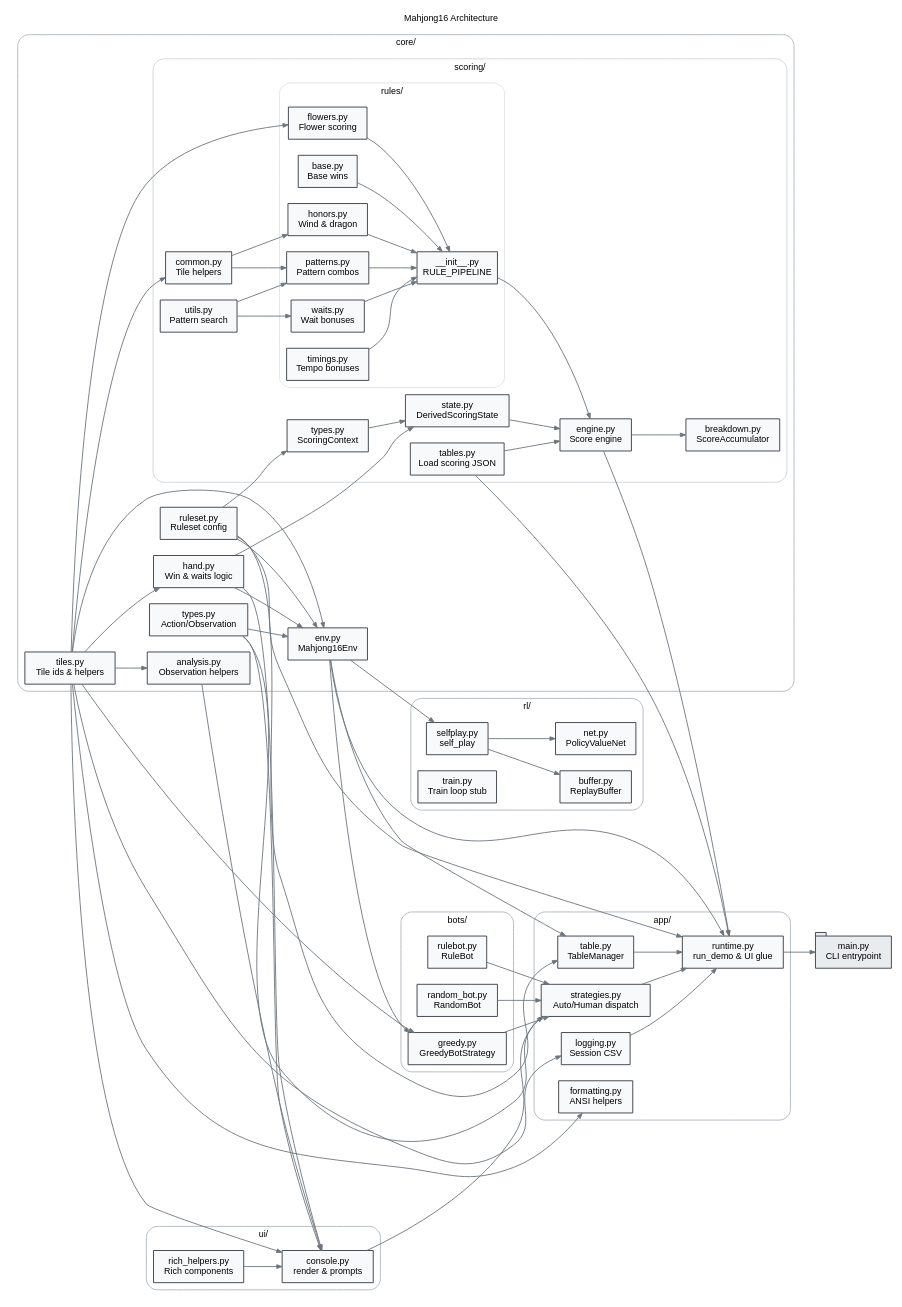
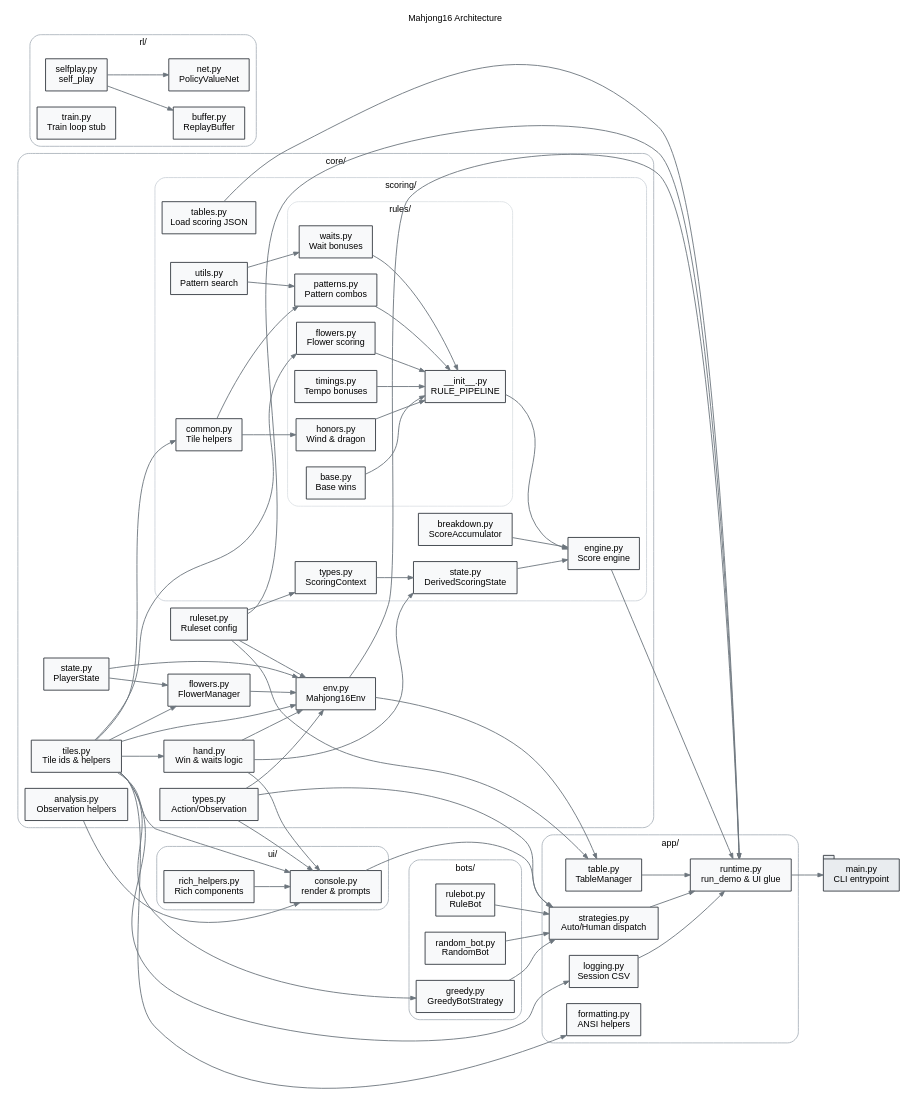
One commit to yuweiiihuang/mahjong16 changed the diagram in docs/architecture/diagram.gv. Above: the diagram before and after it, drawn with Graphviz. The commit also changed 3 other files, not shown here.

First line of the commit message:
Refactor and enhance greedy bot heuristic with tuning capabilities (#44)

```diff
--- a/docs/architecture/diagram.gv
+++ b/docs/architecture/diagram.gv
@@ -1,152 +1,156 @@
 // Graphviz diagram of Mahjong16 modules and dependencies
 digraph Mahjong16 {
     graph [rankdir=LR, fontsize=10, fontname="Helvetica", labelloc="t", label="Mahjong16 Architecture"];
     node [shape=box, fontsize=10, fontname="Helvetica", style="filled", fillcolor="#f8f9fa", color="#343a40"];
     edge [color="#6c757d", arrowsize=0.6];
 
     subgraph cluster_core {
         label = "core/";
         color = "#adb5bd";
         style = "rounded";
 
         core_tiles    [label="tiles.py\nTile ids & helpers"];
         core_ruleset  [label="ruleset.py\nRuleset config"];
         core_types    [label="types.py\nAction/Observation"];
+        core_state    [label="state.py\nPlayerState"];
         core_hand     [label="hand.py\nWin & waits logic"];
+        core_flowers  [label="flowers.py\nFlowerManager"];
         core_env      [label="env.py\nMahjong16Env"];
         core_analysis [label="analysis.py\nObservation helpers"];
 
         subgraph cluster_core_scoring {
             label = "scoring/";
             color = "#ced4da";
             style = "rounded";
 
             core_sc_tables    [label="tables.py\nLoad scoring JSON"];
             core_sc_types     [label="types.py\nScoringContext"];
             core_sc_state     [label="state.py\nDerivedScoringState"];
             core_sc_engine    [label="engine.py\nScore engine"];
             core_sc_breakdown [label="breakdown.py\nScoreAccumulator"];
             core_sc_common    [label="common.py\nTile helpers"];
             core_sc_utils     [label="utils.py\nPattern search"];
 
             subgraph cluster_core_scoring_rules {
                 label = "rules/";
                 color = "#dee2e6";
                 style = "rounded";
 
                 core_sc_rules_pipeline [label="__init__.py\nRULE_PIPELINE"];
                 core_sc_rules_flowers  [label="flowers.py\nFlower scoring"];
                 core_sc_rules_base     [label="base.py\nBase wins"];
                 core_sc_rules_waits    [label="waits.py\nWait bonuses"];
                 core_sc_rules_patterns [label="patterns.py\nPattern combos"];
                 core_sc_rules_honors   [label="honors.py\nWind & dragon"];
                 core_sc_rules_timings  [label="timings.py\nTempo bonuses"];
             }
         }
     }
 
     subgraph cluster_app {
         label = "app/";
         color = "#adb5bd";
         style = "rounded";
         app_table    [label="table.py\nTableManager"];
         app_strat    [label="strategies.py\nAuto/Human dispatch"];
         app_runtime  [label="runtime.py\nrun_demo & UI glue"];
         app_logging  [label="logging.py\nSession CSV"];
         app_format   [label="formatting.py\nANSI helpers"];
     }
 
     subgraph cluster_ui {
         label = "ui/";
         color = "#adb5bd";
         style = "rounded";
         ui_console [label="console.py\nrender & prompts"];
         ui_helpers [label="rich_helpers.py\nRich components"];
     }
 
     subgraph cluster_bots {
         label = "bots/";
         color = "#adb5bd";
         style = "rounded";
         bot_rule   [label="rulebot.py\nRuleBot"];
         bot_random [label="random_bot.py\nRandomBot"];
         bot_greedy [label="greedy.py\nGreedyBotStrategy"];
     }
 
     subgraph cluster_rl {
         label = "rl/";
         color = "#adb5bd";
         style = "rounded";
         rl_selfplay [label="selfplay.py\nself_play"];
         rl_buffer   [label="buffer.py\nReplayBuffer"];
         rl_net      [label="net.py\nPolicyValueNet"];
         rl_train    [label="train.py\nTrain loop stub"];
     }
 
     main_cli [label="main.py\nCLI entrypoint", shape=tab, fillcolor="#e9ecef"];
 
     // Core dependencies
     core_tiles -> core_hand;
     core_tiles -> core_env;
-    core_tiles -> core_analysis;
+    core_tiles -> core_flowers;
     core_tiles -> core_sc_common;
     core_tiles -> core_sc_rules_flowers;
     core_tiles -> ui_console;
     core_tiles -> app_logging;
     core_tiles -> app_format;
     core_tiles -> bot_greedy;
 
     core_ruleset -> core_env;
     core_ruleset -> core_sc_types;
     core_ruleset -> app_table;
     core_ruleset -> app_runtime;
 
     core_types -> core_env;
     core_types -> ui_console;
     core_types -> app_strat;
 
+    core_state -> core_flowers;
+    core_state -> core_env;
+
     core_hand -> core_env;
     core_hand -> core_sc_state;
     core_hand -> ui_console;
+
+    core_flowers -> core_env;
 
     core_analysis -> ui_console;
 
     core_env -> app_table;
     core_env -> app_runtime;
-    core_env -> bot_greedy;
-    core_env -> rl_selfplay;
 
     core_sc_tables -> app_runtime;
-    core_sc_tables -> core_sc_engine;
     core_sc_types -> core_sc_state;
     core_sc_common -> core_sc_rules_patterns;
     core_sc_common -> core_sc_rules_honors;
     core_sc_utils -> core_sc_rules_patterns;
     core_sc_utils -> core_sc_rules_waits;
     core_sc_state -> core_sc_engine;
     core_sc_rules_flowers -> core_sc_rules_pipeline;
     core_sc_rules_base -> core_sc_rules_pipeline;
     core_sc_rules_waits -> core_sc_rules_pipeline;
     core_sc_rules_patterns -> core_sc_rules_pipeline;
     core_sc_rules_honors -> core_sc_rules_pipeline;
     core_sc_rules_timings -> core_sc_rules_pipeline;
     core_sc_rules_pipeline -> core_sc_engine;
     core_sc_engine -> app_runtime;
-    core_sc_engine -> core_sc_breakdown;
+    core_sc_breakdown -> core_sc_engine;
 
     ui_helpers -> ui_console;
 
     app_table -> app_runtime;
     app_strat -> app_runtime;
     app_logging -> app_runtime;
     ui_console -> app_strat;
 
     bot_rule -> app_strat;
     bot_random -> app_strat;
     bot_greedy -> app_strat;
 
     rl_selfplay -> rl_buffer;
     rl_selfplay -> rl_net;
 
     app_runtime -> main_cli;
 }
```
